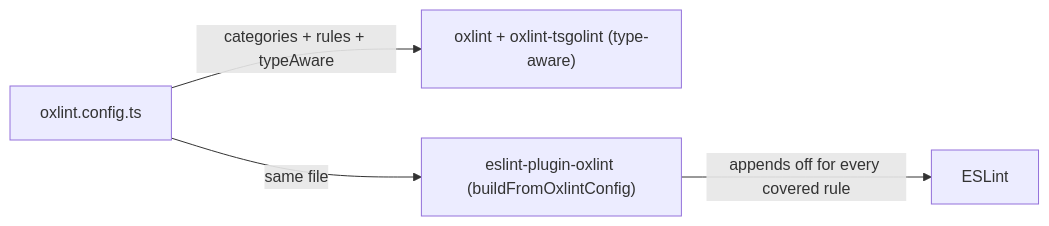
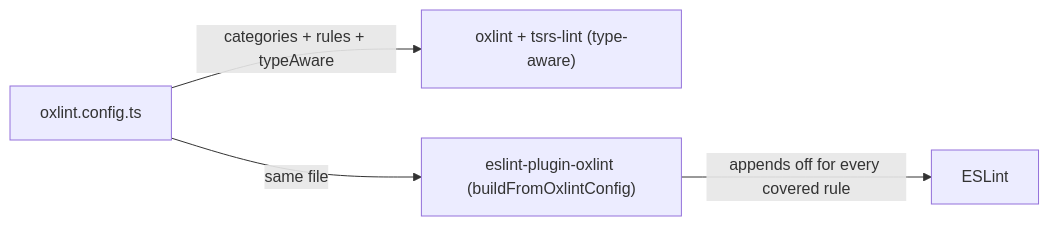
Before and after one commit to Esposter/Esposter: the first of 3 diagrams in openspec/specs/architecture/lint-toolchain/design.md, drawn with Mermaid. The commit also changed other lines of this file and 11 other files, not shown here.

First line of the commit message:
docs(lint): the type-aware backend is tsrs-lint, and the deferred tsrslint idea folds into the lint-toolchain design

````diff
--- a/openspec/specs/architecture/lint-toolchain/design.md
+++ b/openspec/specs/architecture/lint-toolchain/design.md
@@ -13,10 +13,10 @@
 ```mermaid
 flowchart LR
   config["oxlint.config.ts"]
-  oxlint["oxlint + oxlint-tsgolint (type-aware)"]
+  oxlint["oxlint + tsrs-lint (type-aware)"]
   plugin["eslint-plugin-oxlint (buildFromOxlintConfig)"]
   eslint["ESLint"]
   config -->|"categories + rules + typeAware"| oxlint
   config -->|"same file"| plugin
   plugin -->|"appends off for every covered rule"| eslint
 ```
````
